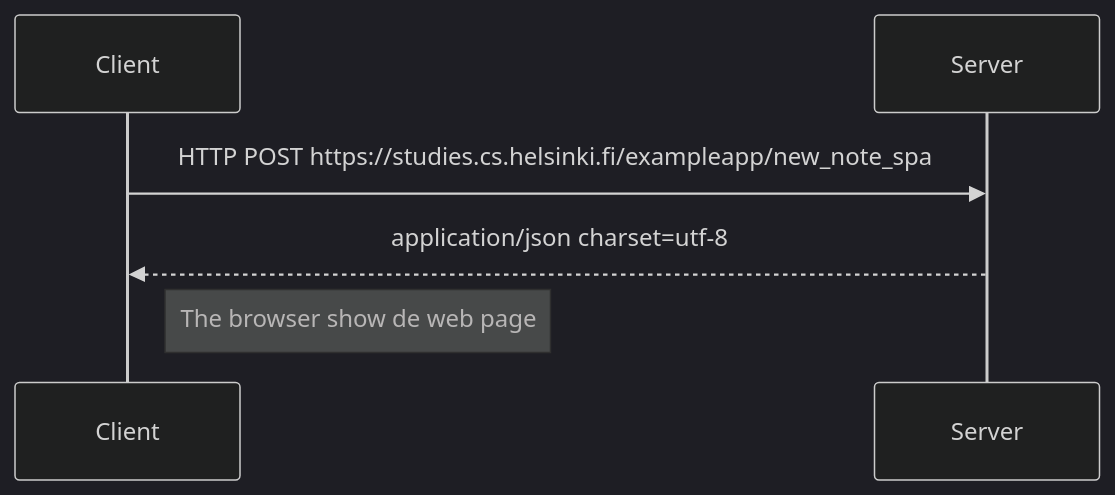
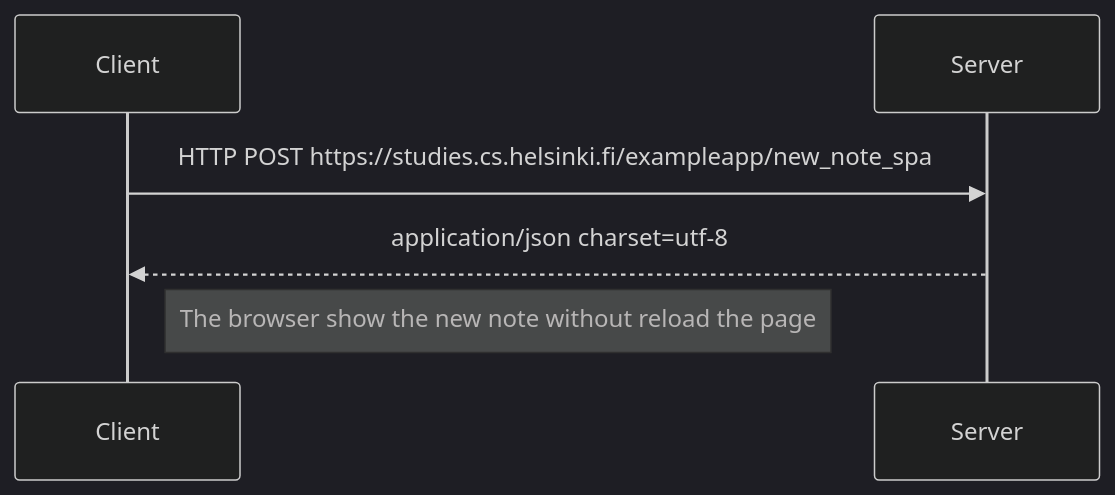
One commit to addiellucena94/fullstackopen changed the diagram in part0/spanewnotediagram/README.md. Above: the diagram before and after it, drawn with Mermaid (dark theme). The commit also changed 2 other files, not shown here.

Commit message:
grammatical errors fixed

````diff
--- a/part0/spanewnotediagram/README.md
+++ b/part0/spanewnotediagram/README.md
@@ -2,10 +2,10 @@
 ```mermaid
 sequenceDiagram;
     participant Client;
     participant Server;
 
     Client->>Server: HTTP POST https://studies.cs.helsinki.fi/exampleapp/new_note_spa;
     Server-->>Client: application/json charset=utf-8;
 
-    Note right of Client: The browser show de web page;
+    Note right of Client: The browser show the new note without reload the page;
 ```
````
